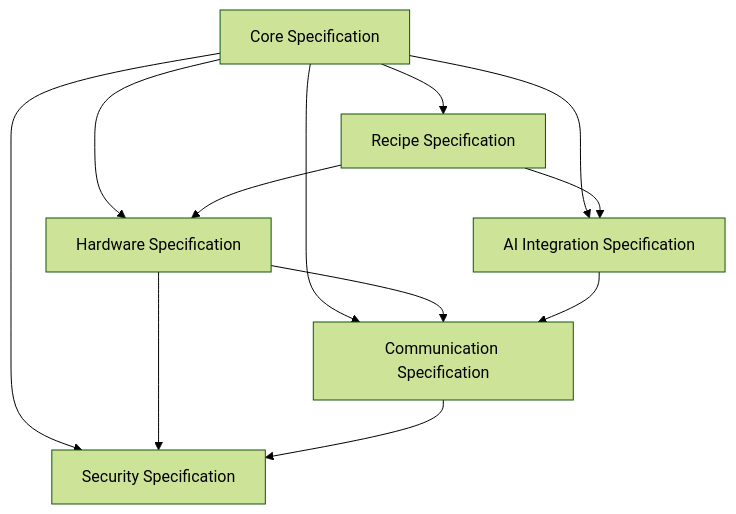
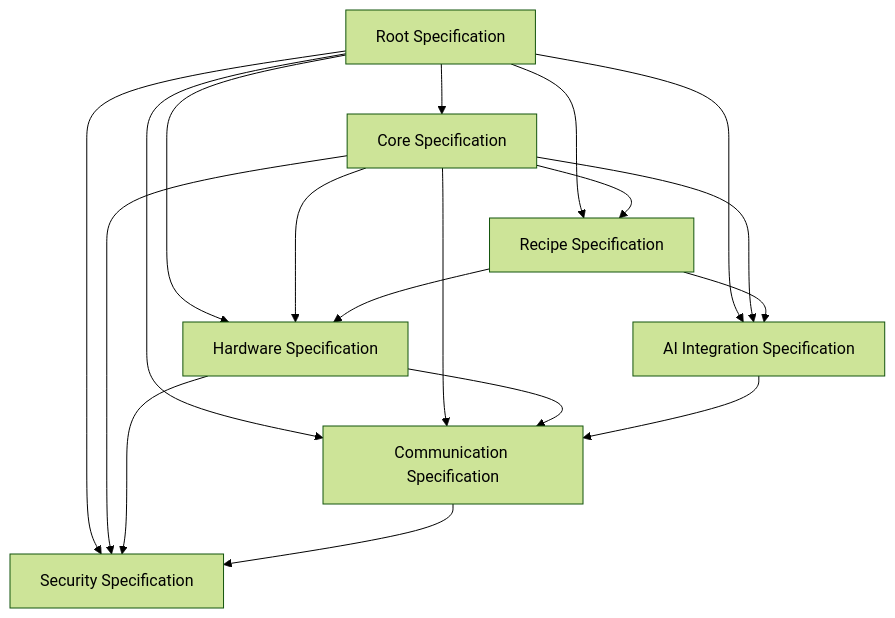
Before and after one commit to opengrowingalliance/specifications: the first of 4 diagrams in v2.0/core/ogsp-core-spec.md, drawn with Mermaid (forest theme). The commit also changed other lines of this file and 4 other files, not shown here.

````diff
--- a/v2.0/core/ogsp-core-spec.md
+++ b/v2.0/core/ogsp-core-spec.md
@@ -45,18 +45,25 @@
 ```mermaid
 graph TD
-    Core[Core Specification] --> Recipe[Recipe Specification]
-    Core --> Hardware[Hardware Specification]
-    Core --> Comm[Communication Specification]
-    Core --> AI[AI Integration Specification]
-    Core --> Security[Security Specification]
+    Root[Root Specification] --> Core[Core Specification]
+    Root --> Recipe[Recipe Specification]
+    Root --> Hardware[Hardware Specification]
+    Root --> Comm[Communication Specification]
+    Root --> AI[AI Integration Specification]
+    Root --> Security[Security Specification]
+    
+    Core --> Recipe
+    Core --> Hardware
+    Core --> Comm
+    Core --> AI
+    Core --> Security
     
     Recipe --> Hardware
     Recipe --> AI
     
     Hardware --> Comm
     Hardware --> Security
     
     AI --> Comm
     
     Comm --> Security
 ```
````
